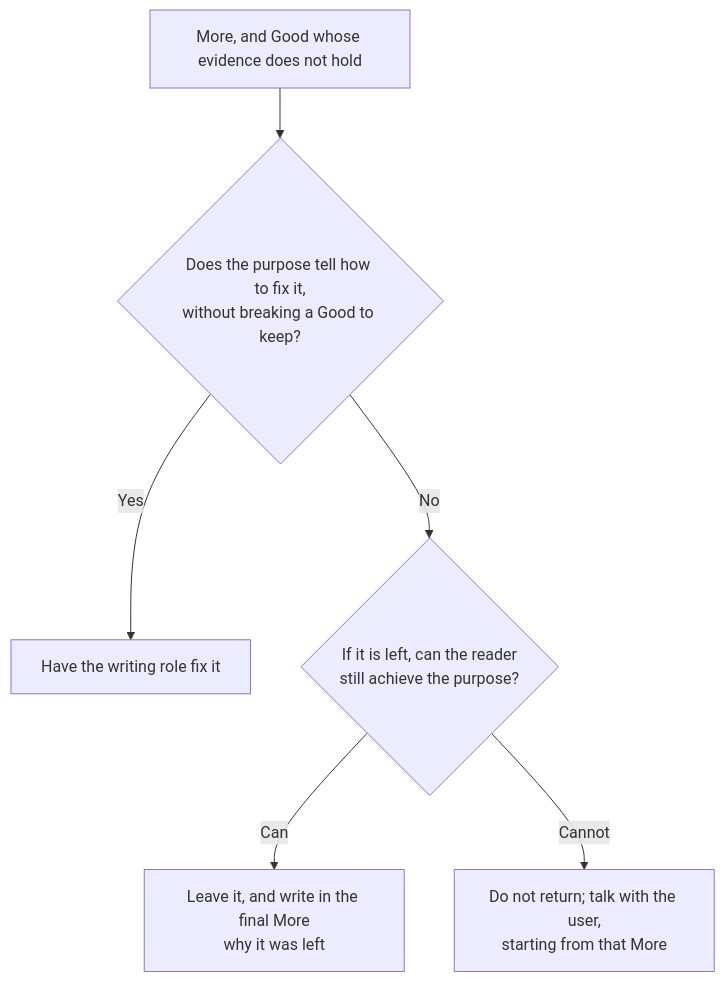
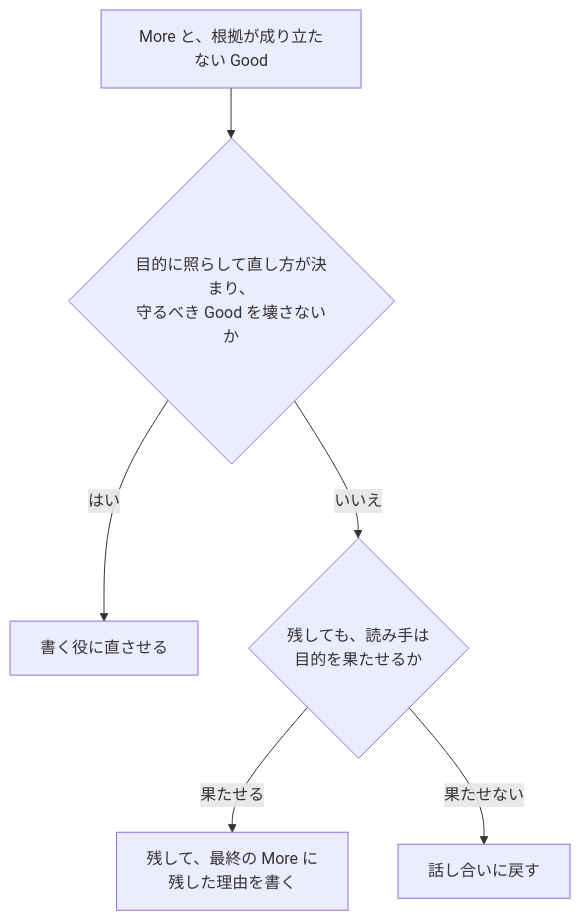
One commit to lovaizu/ccpm changed the fifth of 5 diagrams in writ/docs/design.md. Above: the diagram before and after it, drawn with Mermaid. The commit also changed other lines of this file and 1 other file, not shown here.

````diff
--- a/writ/docs/design.md
+++ b/writ/docs/design.md
@@ -135,14 +191,14 @@
 ```mermaid
 flowchart TD
-  M[More, and Good whose evidence does not hold]
-  Q1{"Does the purpose tell how to fix it,<br/>without breaking a Good to keep?"}
-  X[Have the writing role fix it]
-  Q2{"If it is left, can the reader<br/>still achieve the purpose?"}
-  L["Leave it, and write in the final More<br/>why it was left"]
-  B["Do not return; talk with the user,<br/>starting from that More"]
+  M[More と、根拠が成り立たない Good]
+  Q1{目的に照らして直し方が決まり、<br/>守るべき Good を壊さないか}
+  X[書く役に直させる]
+  Q2{残しても、読み手は<br/>目的を果たせるか}
+  L[残して、最終の More に<br/>残した理由を書く]
+  B[話し合いに戻す]
   M --> Q1
-  Q1 -->|Yes| X
-  Q1 -->|No| Q2
-  Q2 -->|Can| L
-  Q2 -->|Cannot| B
+  Q1 -->|はい| X
+  Q1 -->|いいえ| Q2
+  Q2 -->|果たせる| L
+  Q2 -->|果たせない| B
 ```
````
